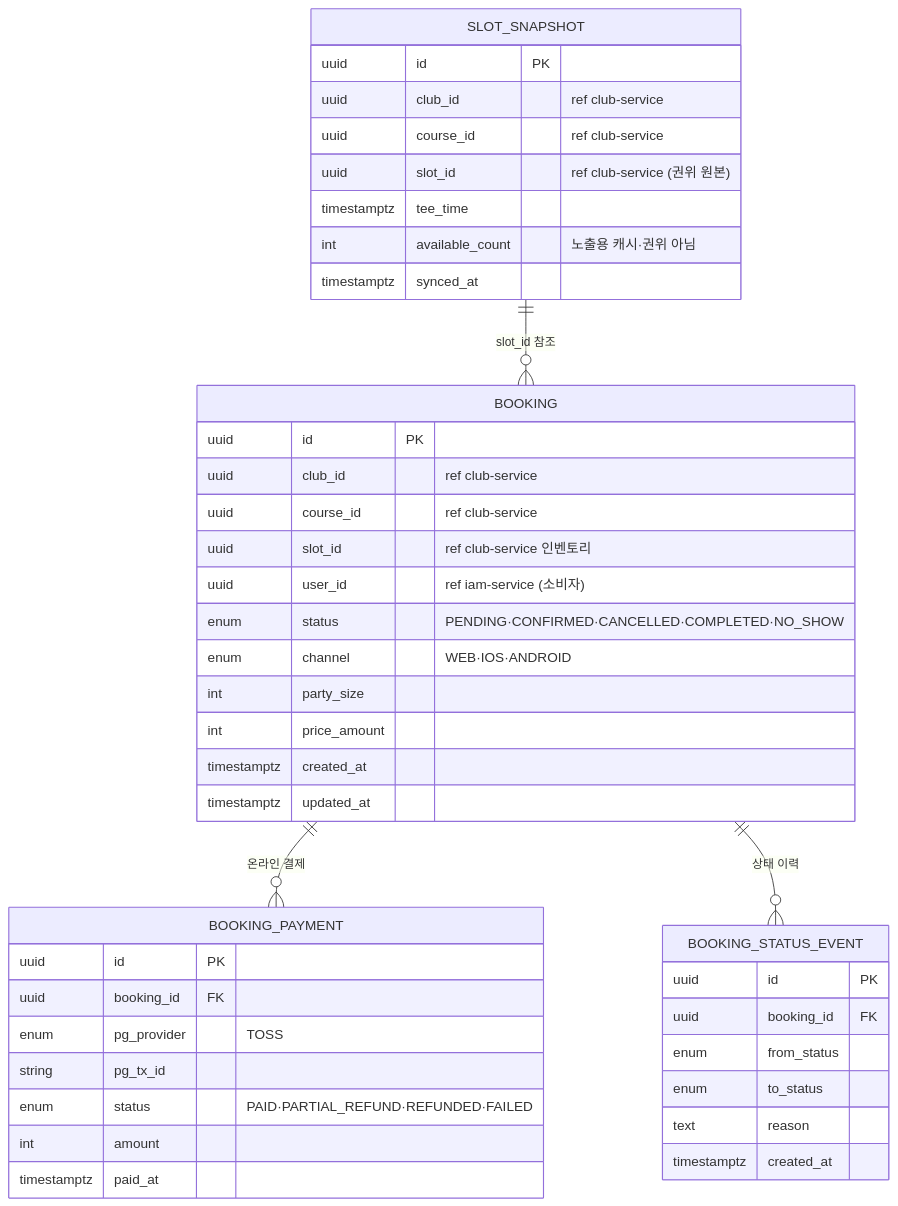
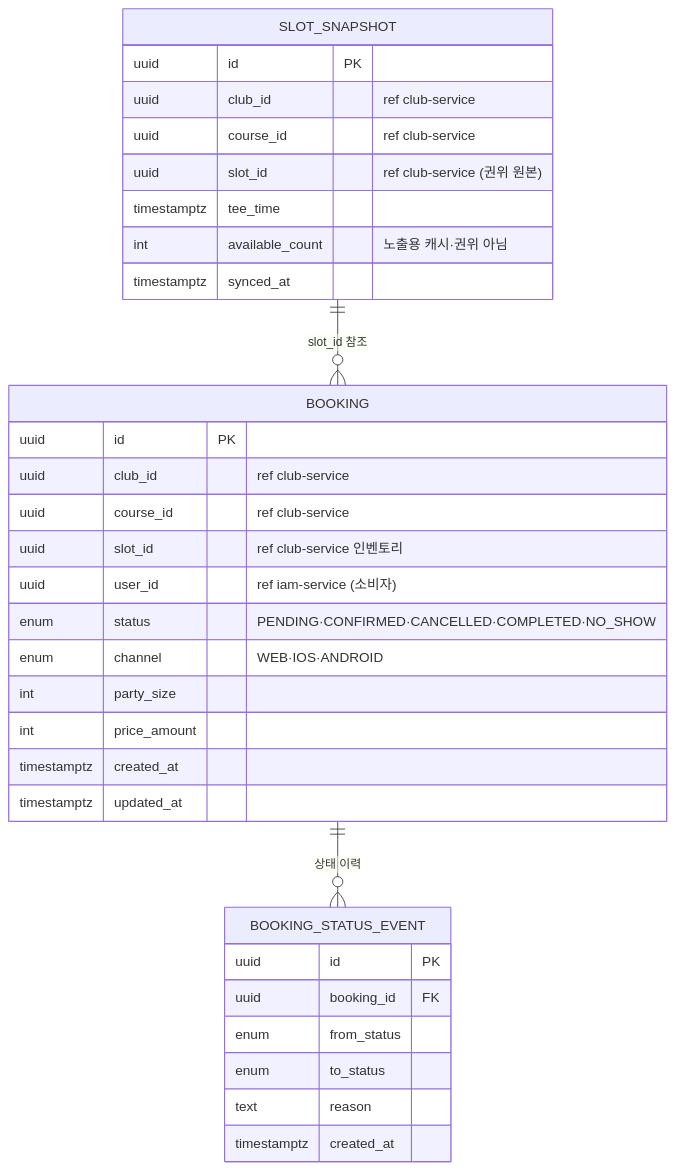
Before and after one commit to uniyous/parkgolf-platform: the fourth of 10 diagrams in docs/architecture/erp-booking-split.md, drawn with Mermaid. The commit also changed other lines of this file and 793 other files, not shown here.

````diff
--- a/docs/architecture/erp-booking-split.md
+++ b/docs/architecture/erp-booking-split.md
@@ -144,46 +232,35 @@
 ```mermaid
 erDiagram
     BOOKING {
         uuid id PK
         uuid club_id "ref club-service"
         uuid course_id "ref club-service"
         uuid slot_id "ref club-service 인벤토리"
         uuid user_id "ref iam-service (소비자)"
         enum status "PENDING·CONFIRMED·CANCELLED·COMPLETED·NO_SHOW"
         enum channel "WEB·IOS·ANDROID"
         int party_size
         int price_amount
         timestamptz created_at
         timestamptz updated_at
-    }
-    BOOKING_PAYMENT {
-        uuid id PK
-        uuid booking_id FK
-        enum pg_provider "TOSS"
-        string pg_tx_id
-        enum status "PAID·PARTIAL_REFUND·REFUNDED·FAILED"
-        int amount
-        timestamptz paid_at
     }
     BOOKING_STATUS_EVENT {
         uuid id PK
         uuid booking_id FK
         enum from_status
         enum to_status
         text reason
         timestamptz created_at
     }
     SLOT_SNAPSHOT {
         uuid id PK
         uuid club_id "ref club-service"
         uuid course_id "ref club-service"
         uuid slot_id "ref club-service (권위 원본)"
         timestamptz tee_time
         int available_count "노출용 캐시·권위 아님"
         timestamptz synced_at
     }
-
-    BOOKING ||--o{ BOOKING_PAYMENT : "온라인 결제"
     BOOKING ||--o{ BOOKING_STATUS_EVENT : "상태 이력"
     SLOT_SNAPSHOT ||--o{ BOOKING : "slot_id 참조"
 ```
````
